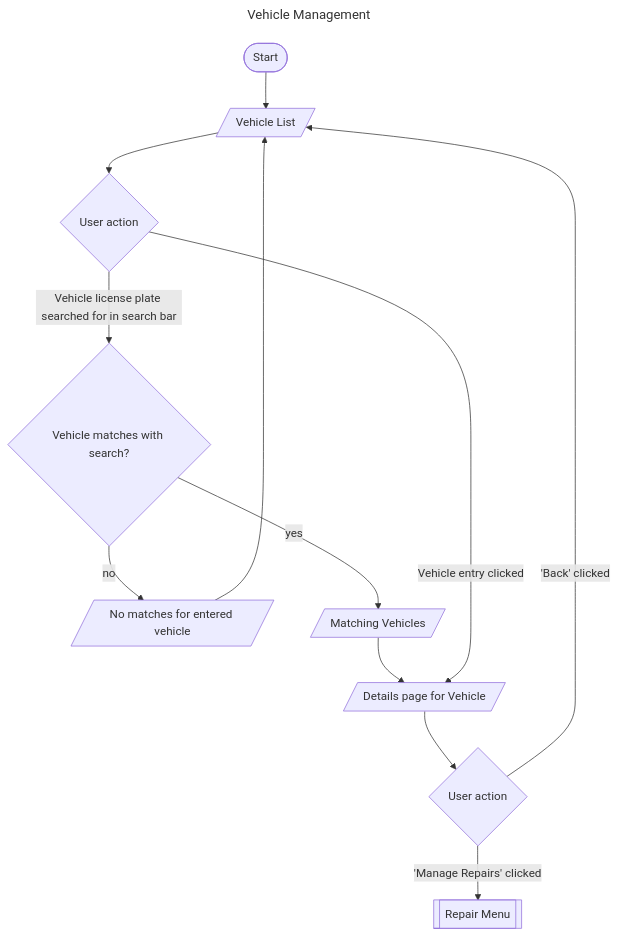
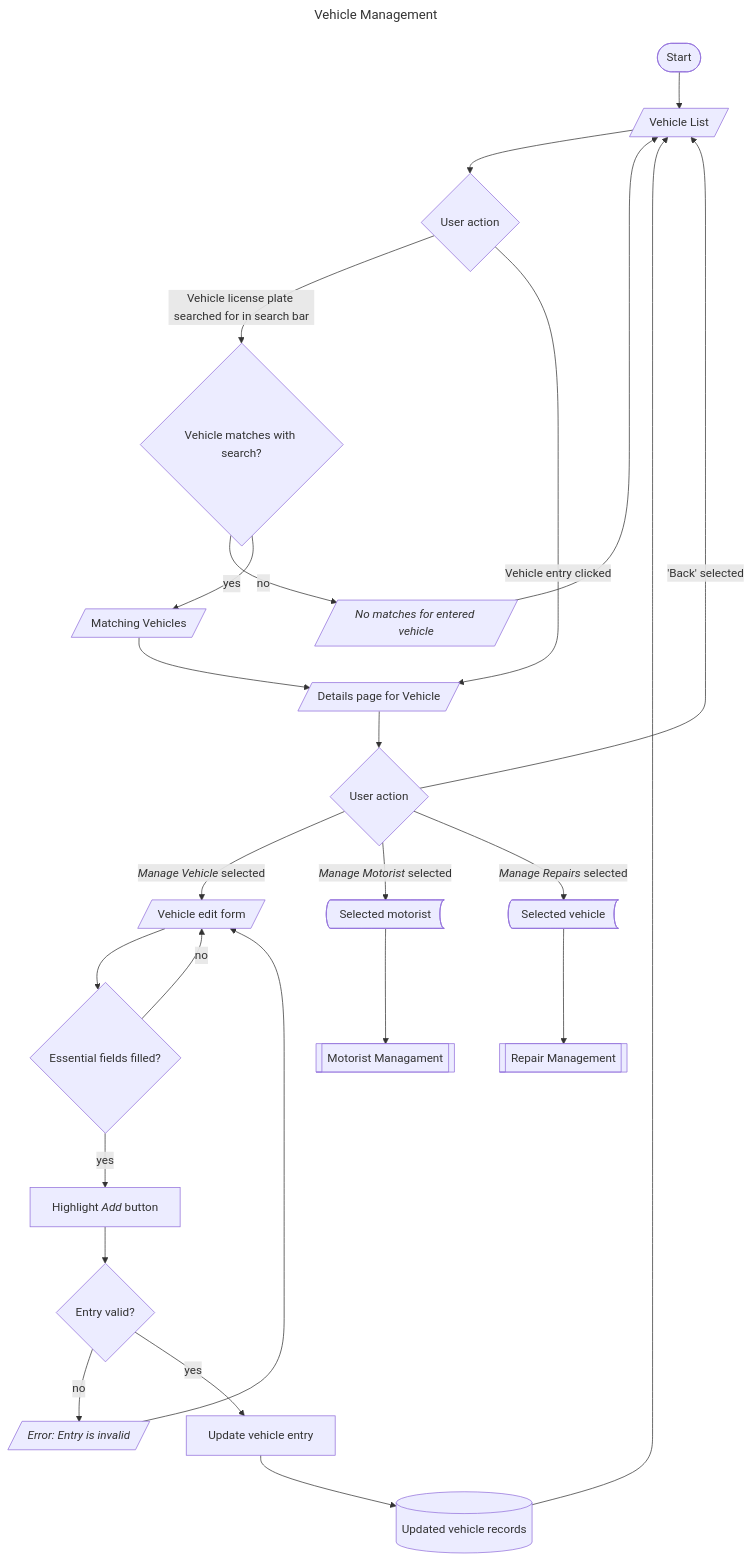
One commit to c3zbucket/advancedprogramming-project changed diagram 18 of 31 in DEVELOPMENT.md. Above: the diagram before and after it, drawn with Mermaid. The commit also changed other lines of this file and 2 other files, not shown here.

First line of the commit message:
2026-04-07 17:03:30: Completed UML Diagram section

````diff
--- a/DEVELOPMENT.md
+++ b/DEVELOPMENT.md
@@ -693,15 +679,23 @@
 ```mermaid
 ---
 title: Vehicle Management
 ---
 flowchart TD 
     start([Start])
     --> menu[/Vehicle List/] --> prompt1{User action}
 	    prompt1 -- Vehicle license plate searched for in search bar --> exist{Vehicle matches with search?} 
-		exist -- no --> nomatch[/"No matches for entered vehicle"/] --> menu
+		exist -- no --> nomatch[/"`*No matches for entered vehicle*`"/] --> menu
 	    exist -- yes --> match[/Matching Vehicles/] --> details
 	    prompt1 -- Vehicle entry clicked  --> details[/Details page for Vehicle/]
 		    details --> prompt2{User action}
-			    prompt2 -- 'Manage Repairs' clicked --> repairs[[Repair Menu]]
-			    prompt2 -- 'Back' clicked --> menu
+			    prompt2 -- "`*Manage Vehicle* selected`" --> edit[/Vehicle edit form/] 
+				--> filled{Essential fields filled?}
+					filled -- no --> edit
+					filled -- yes --> enable-add["`Highlight *Add* button`"]
+						enable-add --> valid{"Entry valid?"}
+							valid -- no --> invalid[/"`*Error: Entry is invalid*`"/] --> edit
+							valid -- yes --> update[Update vehicle entry] --> db[(Updated vehicle records)] --> menu
+				prompt2 -- "`*Manage Motorist* selected`" --> sel-motorist@{shape: bow-rect, label: "Selected motorist"} --> motorist[[Motorist Managament]]
+			    prompt2 -- "`*Manage Repairs* selected`" --> sel-vehicle@{shape: bow-rect, label: "Selected vehicle"} --> repairs[[Repair Management]]
+			    prompt2 -- 'Back' selected --> menu
 ```
````
